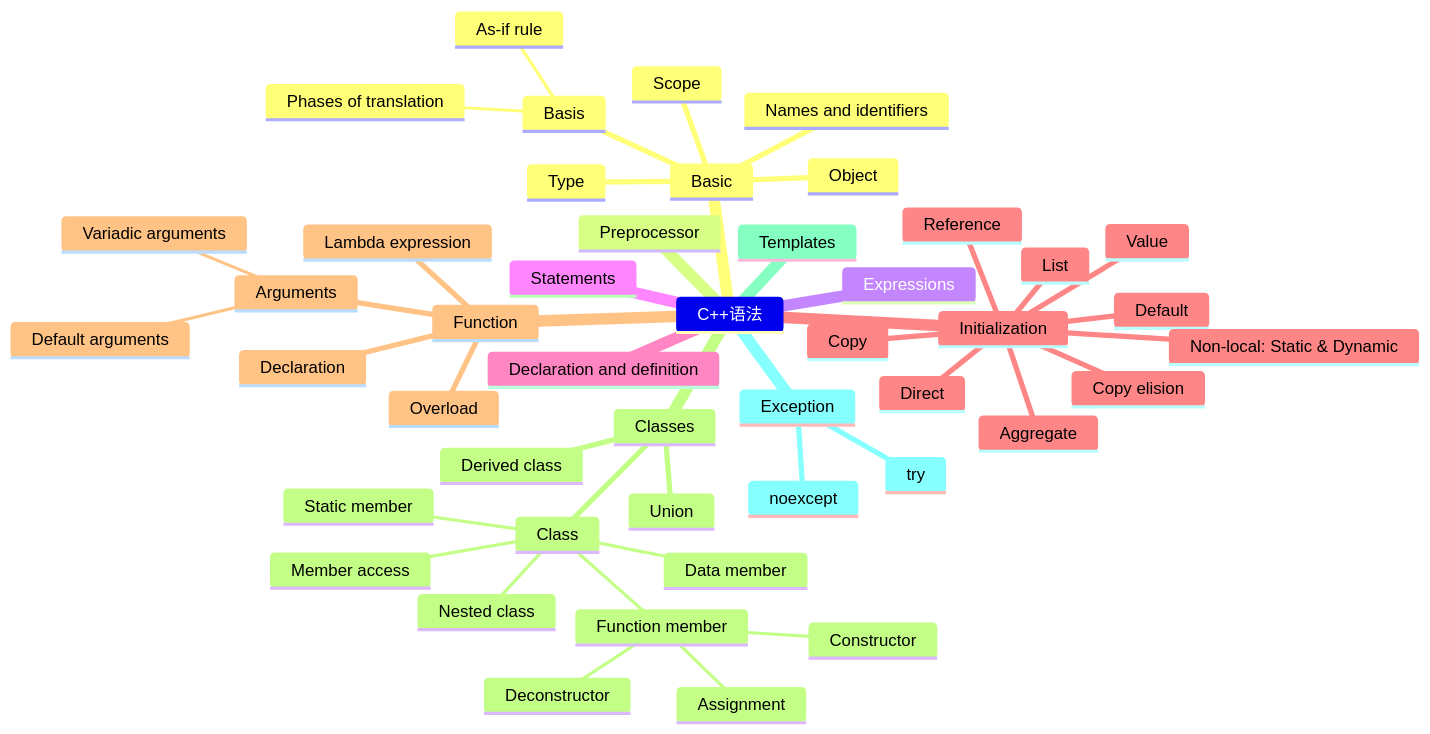
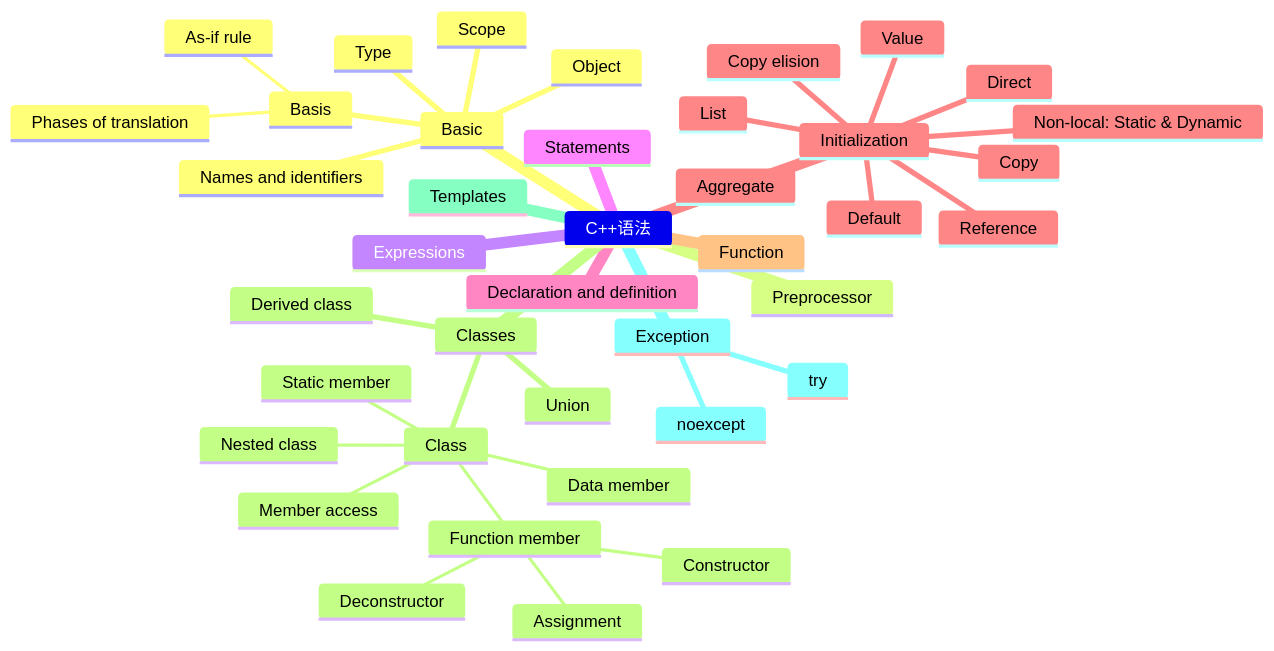
One commit to jishuguang/library changed the diagram in docs/程序/C++/语法/语法.md. Above: the diagram before and after it, drawn with Mermaid.

Commit message:
Remove duplicates.

````diff
--- a/docs/程序/C++/语法/语法.md
+++ b/docs/程序/C++/语法/语法.md
@@ -5,49 +5,43 @@
 ```{mermaid}
 mindmap
 C++语法
   Basic
     Basis
       As-if rule
       Phases of translation
     Names and identifiers
     Object
     Type
     Scope
   Preprocessor
   Expressions
   Statements
   Declaration and definition
   Initialization
     Default
     Value
     Copy
     Direct
     Aggregate
     List
     Reference
     Non-local: Static & Dynamic
     Copy elision
   Function
-    Declaration
-    Arguments
-      Default arguments
-      Variadic arguments
-    Lambda expression
-    Overload
   Classes
     Class
       Data member
       Function member
         Constructor
         Deconstructor
         Assignment
       Static member
       Nested class
       Member access
     Derived class
     Union
   Templates
   Exception
     noexcept
     try
 ```
````
